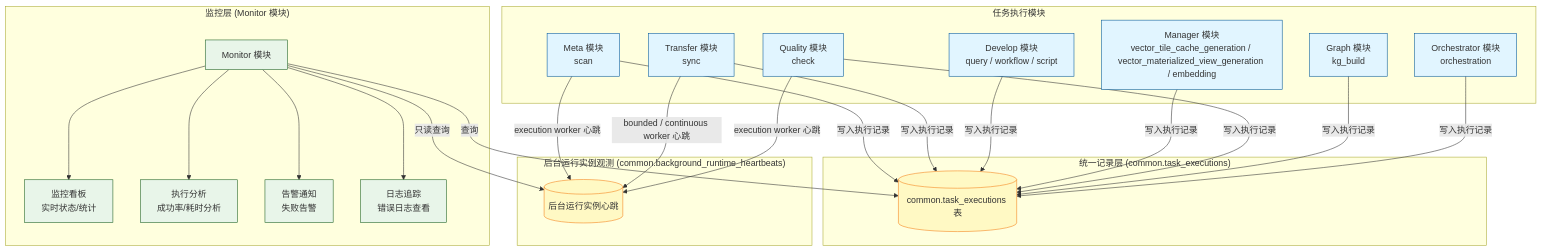
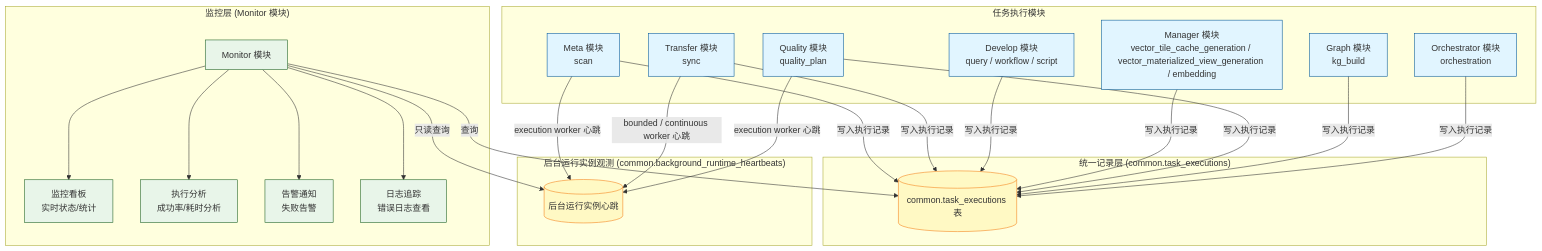
One commit to pampa0629/addp changed the diagram in docs/concepts/monitoring/执行架构与存储.md. Above: the diagram before and after it, drawn with Mermaid. The commit also changed other lines of this file, not shown here.

Commit message:
docs(monitor): align Quality execution examples with owner declarations

````diff
--- a/docs/concepts/monitoring/执行架构与存储.md
+++ b/docs/concepts/monitoring/执行架构与存储.md
@@ -21,50 +21,50 @@
 ```mermaid
 graph TB
     subgraph "任务执行模块"
         Meta[Meta 模块<br/>scan]
         Transfer[Transfer 模块<br/>sync]
         Develop[Develop 模块<br/>query / workflow / script]
         Manager[Manager 模块<br/>vector_tile_cache_generation / vector_materialized_view_generation / embedding]
-        Quality[Quality 模块<br/>check]
+        Quality[Quality 模块<br/>quality_plan]
         Graph[Graph 模块<br/>kg_build]
         Orchestrator[Orchestrator 模块<br/>orchestration]
     end
 
     subgraph "统一记录层 (common.task_executions)"
         TaskExec[(common.task_executions 表)]
 
         Meta --> |写入执行记录| TaskExec
         Transfer --> |写入执行记录| TaskExec
         Develop --> |写入执行记录| TaskExec
         Manager --> |写入执行记录| TaskExec
         Quality --> |写入执行记录| TaskExec
         Graph --> |写入执行记录| TaskExec
         Orchestrator --> |写入执行记录| TaskExec
     end
 
     subgraph "后台运行实例观测 (common.background_runtime_heartbeats)"
         RuntimeHeartbeat[(后台运行实例心跳)]
         Meta --> |execution worker 心跳| RuntimeHeartbeat
         Transfer --> |bounded / continuous worker 心跳| RuntimeHeartbeat
         Quality --> |execution worker 心跳| RuntimeHeartbeat
     end
 
     subgraph "监控层 (Monitor 模块)"
         Monitor[Monitor 模块]
 
         Monitor --> |查询| TaskExec
         Monitor --> |只读查询| RuntimeHeartbeat
         Monitor --> Dashboard[监控看板<br/>实时状态/统计]
         Monitor --> Analysis[执行分析<br/>成功率/耗时分析]
         Monitor --> Alert[告警通知<br/>失败告警]
         Monitor --> Log[日志追踪<br/>错误日志查看]
     end
 
     classDef module fill:#e1f5ff,stroke:#01579b
     classDef storage fill:#fff9c4,stroke:#f57f17
     classDef monitor fill:#e8f5e9,stroke:#1b5e20
 
     class Meta,Transfer,Develop,Manager,Quality,Graph,Orchestrator module
     class TaskExec,RuntimeHeartbeat storage
     class Monitor,Dashboard,Analysis,Alert,Log monitor
 ```
````
